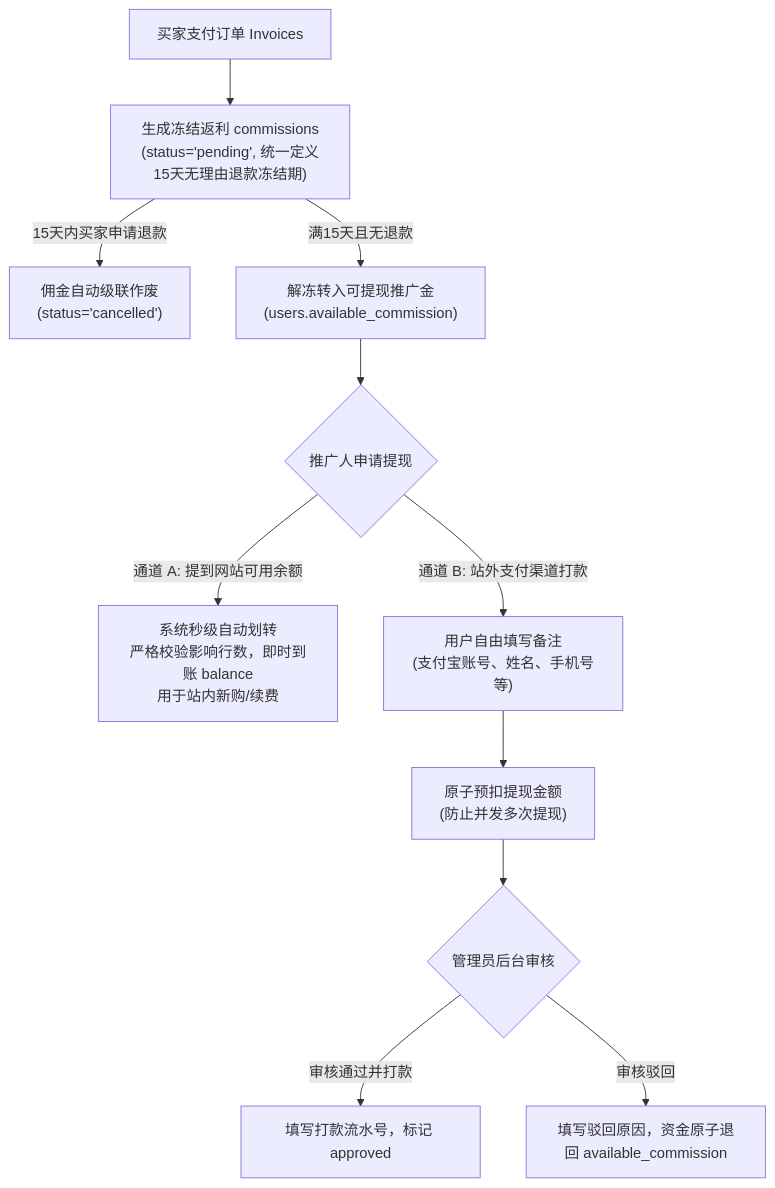
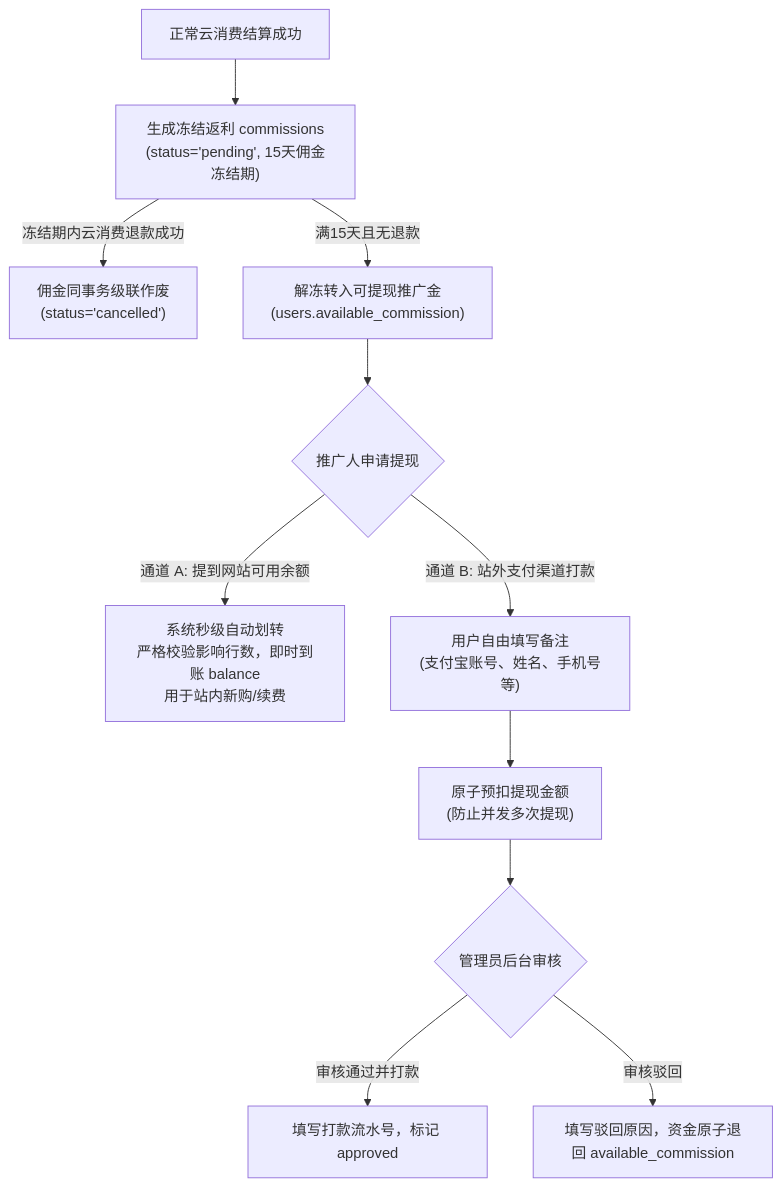
Before and after one commit to QAQ000000/idc: the diagram in docs/AFFILIATE.md, drawn with Mermaid. The commit also changed other lines of this file and 30 other files, not shown here.

First line of the commit message:
fix(architecture): enforce plugin isolation and reconcile domain contracts

````diff
--- a/docs/AFFILIATE.md
+++ b/docs/AFFILIATE.md
@@ -5,17 +5,17 @@
 ```mermaid
 flowchart TD
-    A["买家支付订单 Invoices"] --> B["生成冻结返利 commissions<br/>(status='pending', 统一定义15天无理由退款冻结期)"]
+    A["正常云消费结算成功"] --> B["生成冻结返利 commissions<br/>(status='pending', 15天佣金冻结期)"]
     
-    B -- 15天内买家申请退款 --> C["佣金自动级联作废<br/>(status='cancelled')"]
+    B -- 冻结期内云消费退款成功 --> C["佣金同事务级联作废<br/>(status='cancelled')"]
     B -- 满15天且无退款 --> D["解冻转入可提现推广金<br/>(users.available_commission)"]
     
     D --> E{"推广人申请提现"}
     
     E -- 通道 A: 提到网站可用余额 --> F["系统秒级自动划转<br/>严格校验影响行数，即时到账 balance<br/>用于站内新购/续费"]
     
     E -- 通道 B: 站外支付渠道打款 --> G["用户自由填写备注<br/>(支付宝账号、姓名、手机号等)"]
     G --> H["原子预扣提现金额<br/>(防止并发多次提现)"]
     H --> I{"管理员后台审核"}
     I -- 审核通过并打款 --> J["填写打款流水号，标记 approved"]
     I -- 审核驳回 --> K["填写驳回原因，资金原子退回 available_commission"]
 ```
````
